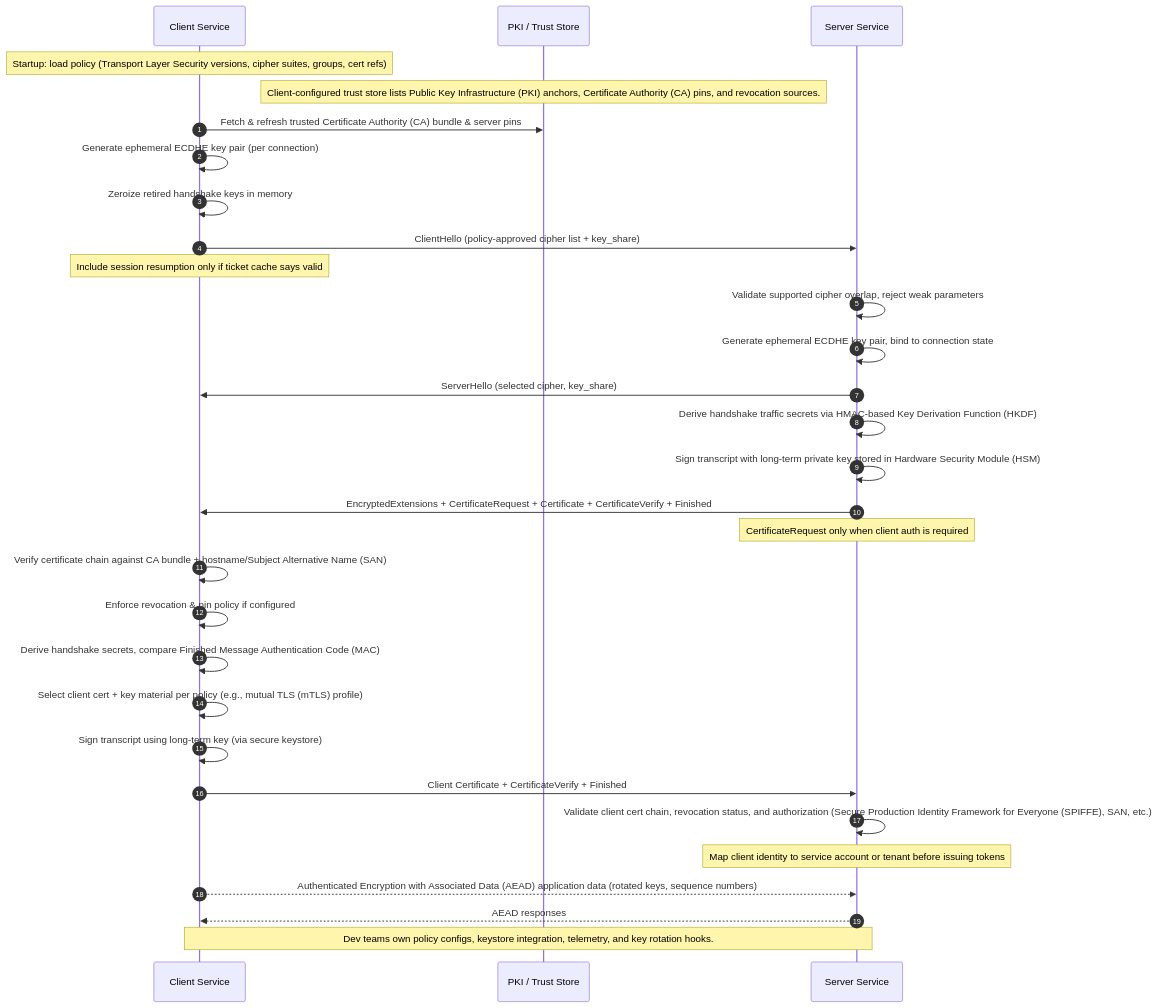
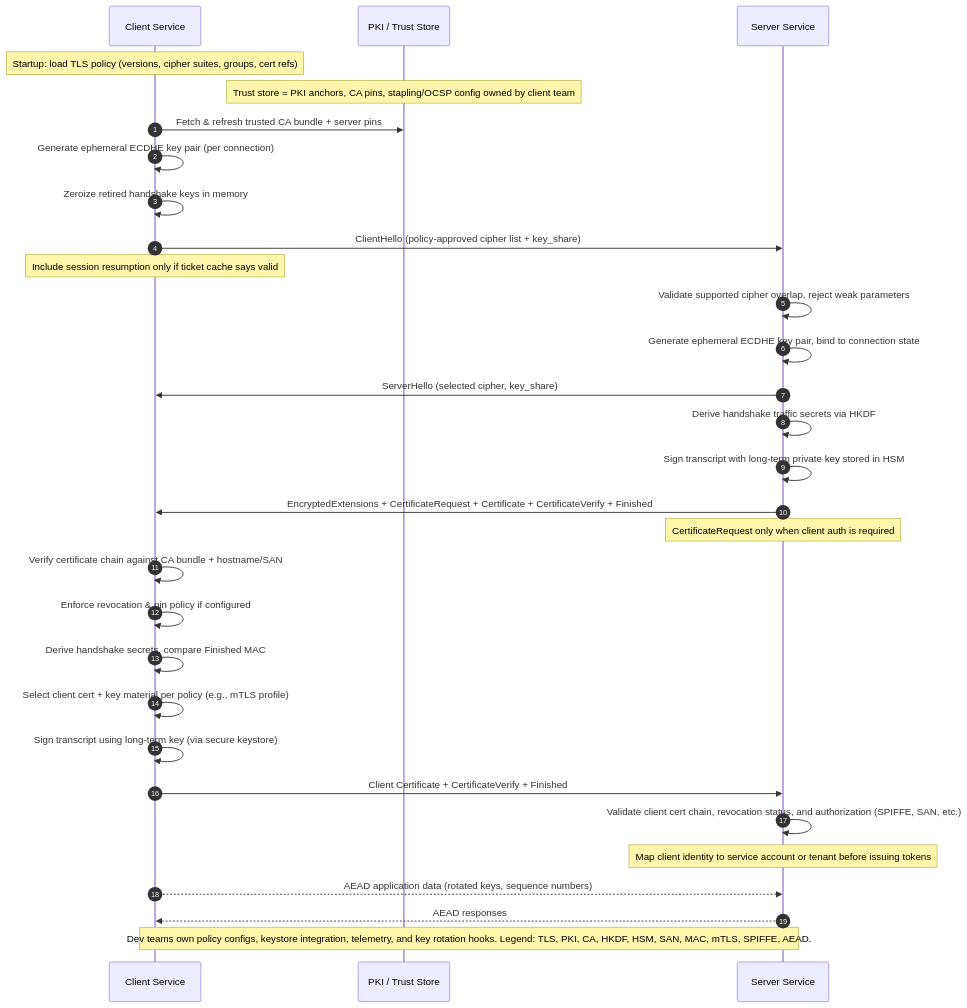
One commit to irahulsawhney/crypto-concepts changed the diagram in diagrams/11-tls13-mutual-auth-dev.mmd. Above: the diagram before and after it, drawn with Mermaid.

Commit message:
Simplify dev TLS diagram

```diff
--- a/diagrams/11-tls13-mutual-auth-dev.mmd
+++ b/diagrams/11-tls13-mutual-auth-dev.mmd
@@ -1,40 +1,40 @@
-%% Transport Layer Security (TLS) 1.3 Mutual Auth - Dev Responsibilities
+%% TLS 1.3 Mutual Auth - Dev Responsibilities
 sequenceDiagram
   autonumber
   participant ClientSvc as Client Service
   participant PKI as PKI / Trust Store
   participant ServerSvc as Server Service
 
-  Note over ClientSvc: Startup: load policy (Transport Layer Security versions, cipher suites, groups, cert refs)
-  Note over PKI: Client-configured trust store lists Public Key Infrastructure (PKI) anchors, Certificate Authority (CA) pins, and revocation sources.
-  ClientSvc->>PKI: Fetch & refresh trusted Certificate Authority (CA) bundle & server pins
+  Note over ClientSvc: Startup: load TLS policy (versions, cipher suites, groups, cert refs)
+  Note over PKI: Trust store = PKI anchors, CA pins, stapling/OCSP config owned by client team
+  ClientSvc->>PKI: Fetch & refresh trusted CA bundle + server pins
   ClientSvc->>ClientSvc: Generate ephemeral ECDHE key pair (per connection)
   ClientSvc->>ClientSvc: Zeroize retired handshake keys in memory
 
   ClientSvc->>ServerSvc: ClientHello (policy-approved cipher list + key_share)
   Note over ClientSvc: Include session resumption only if ticket cache says valid
 
   ServerSvc->>ServerSvc: Validate supported cipher overlap, reject weak parameters
   ServerSvc->>ServerSvc: Generate ephemeral ECDHE key pair, bind to connection state
   ServerSvc->>ClientSvc: ServerHello (selected cipher, key_share)
 
-  ServerSvc->>ServerSvc: Derive handshake traffic secrets via HMAC-based Key Derivation Function (HKDF)
-  ServerSvc->>ServerSvc: Sign transcript with long-term private key stored in Hardware Security Module (HSM)
+  ServerSvc->>ServerSvc: Derive handshake traffic secrets via HKDF
+  ServerSvc->>ServerSvc: Sign transcript with long-term private key stored in HSM
   ServerSvc->>ClientSvc: EncryptedExtensions + CertificateRequest + Certificate + CertificateVerify + Finished
   Note over ServerSvc: CertificateRequest only when client auth is required
 
-  ClientSvc->>ClientSvc: Verify certificate chain against CA bundle + hostname/Subject Alternative Name (SAN)
+  ClientSvc->>ClientSvc: Verify certificate chain against CA bundle + hostname/SAN
   ClientSvc->>ClientSvc: Enforce revocation & pin policy if configured
-  ClientSvc->>ClientSvc: Derive handshake secrets, compare Finished Message Authentication Code (MAC)
+  ClientSvc->>ClientSvc: Derive handshake secrets, compare Finished MAC
 
-  ClientSvc->>ClientSvc: Select client cert + key material per policy (e.g., mutual TLS (mTLS) profile)
+  ClientSvc->>ClientSvc: Select client cert + key material per policy (e.g., mTLS profile)
   ClientSvc->>ClientSvc: Sign transcript using long-term key (via secure keystore)
   ClientSvc->>ServerSvc: Client Certificate + CertificateVerify + Finished
 
-  ServerSvc->>ServerSvc: Validate client cert chain, revocation status, and authorization (Secure Production Identity Framework for Everyone (SPIFFE), SAN, etc.)
+  ServerSvc->>ServerSvc: Validate client cert chain, revocation status, and authorization (SPIFFE, SAN, etc.)
   Note over ServerSvc: Map client identity to service account or tenant before issuing tokens
 
-  ClientSvc-->>ServerSvc: Authenticated Encryption with Associated Data (AEAD) application data (rotated keys, sequence numbers)
+  ClientSvc-->>ServerSvc: AEAD application data (rotated keys, sequence numbers)
   ServerSvc-->>ClientSvc: AEAD responses
 
-  Note over ClientSvc,ServerSvc: Dev teams own policy configs, keystore integration, telemetry, and key rotation hooks.
+  Note over ClientSvc,ServerSvc: Dev teams own policy configs, keystore integration, telemetry, and key rotation hooks. Legend: TLS, PKI, CA, HKDF, HSM, SAN, MAC, mTLS, SPIFFE, AEAD.
```
